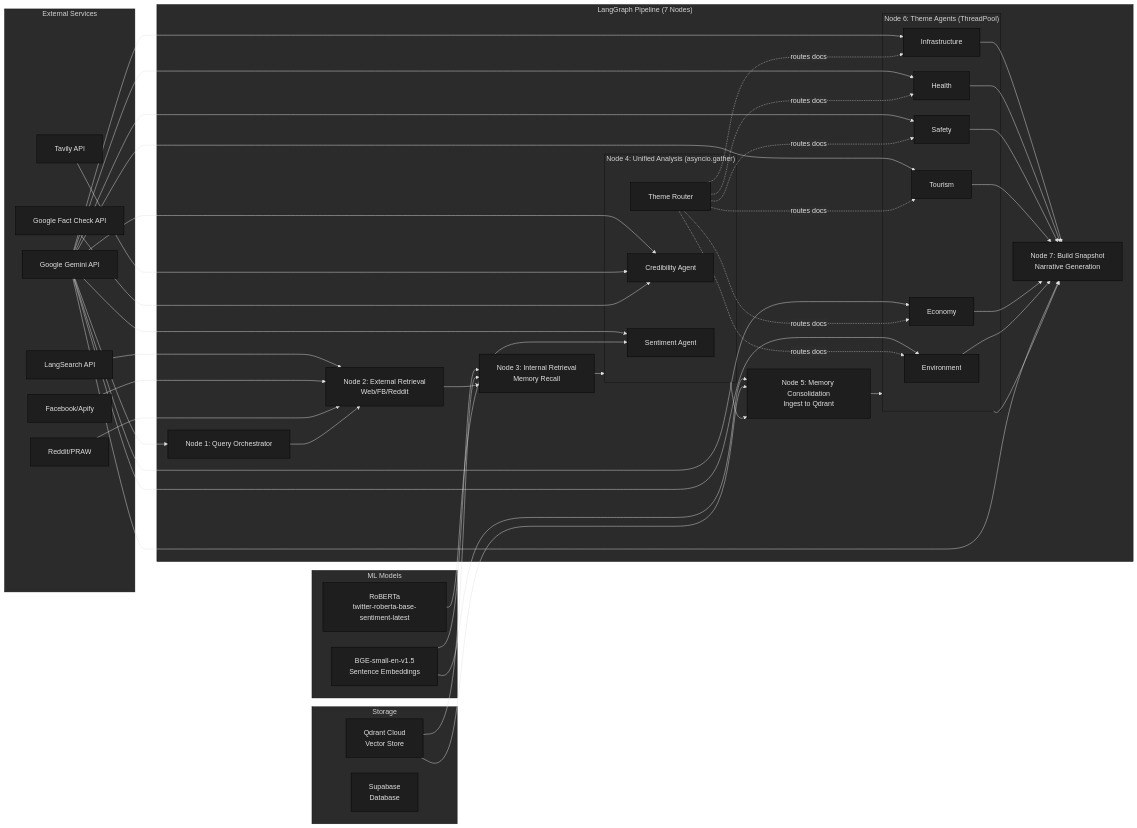
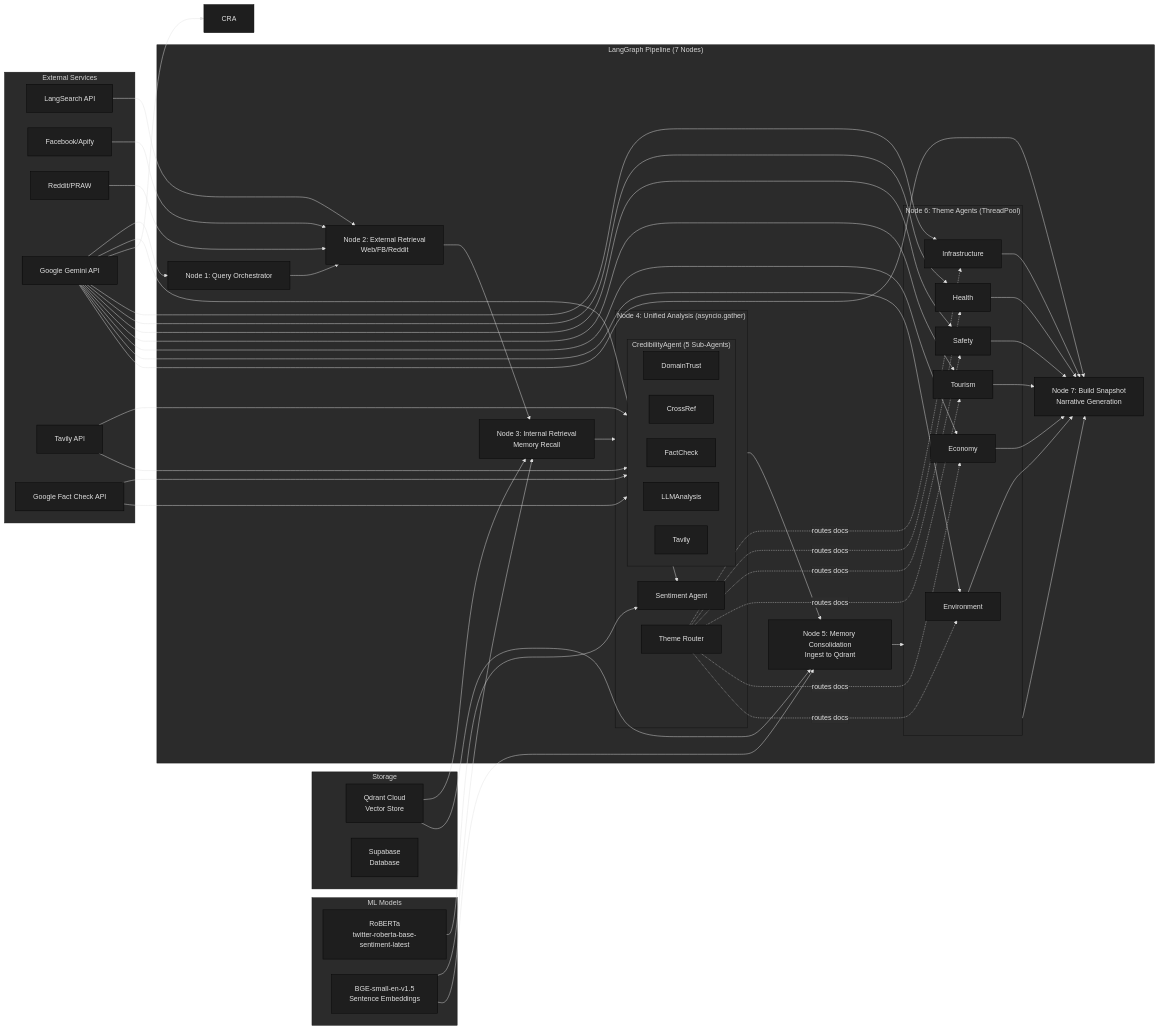
Before and after one commit to donyelqt/Hinaing: the third of 8 diagrams in docs/ARCHITECTURE.md, drawn with Mermaid. The commit also changed other lines of this file, not shown here.

First line of the commit message:
docs(architecture): Update agent architecture documentation to reflect 18 federated agents (was 13)

```diff
--- a/docs/ARCHITECTURE.md
+++ b/docs/ARCHITECTURE.md
@@ -344,7 +355,14 @@
         
         subgraph NODE4["Node 4: Unified Analysis (asyncio.gather)"]
             SNA[Sentiment Agent]
-            CRA[Credibility Agent]
+            subgraph CRED["CredibilityAgent (5 Sub-Agents)"]
+                direction LR
+                DT[DomainTrust]
+                CR[CrossRef]
+                FC[FactCheck]
+                LL[LLMAnalysis]
+                TV[Tavily]
+            end
             TRA[Theme Router]
         end
         
@@ -373,8 +391,10 @@
     GEMINI --> CRA
     GEMINI --> TH1 & TH2 & TH3 & TH4 & TH5 & TH6
     GEMINI --> NODE7
-    TAVILY --> CRA
-    GFACT --> CRA
+    TAVILY --> CRED
+    GFACT --> CRED
+    TAVILY --> TV
+    GFACT --> FC
     ROBERTA --> SNA
     BGE --> NODE3
     BGE --> NODE5
```
